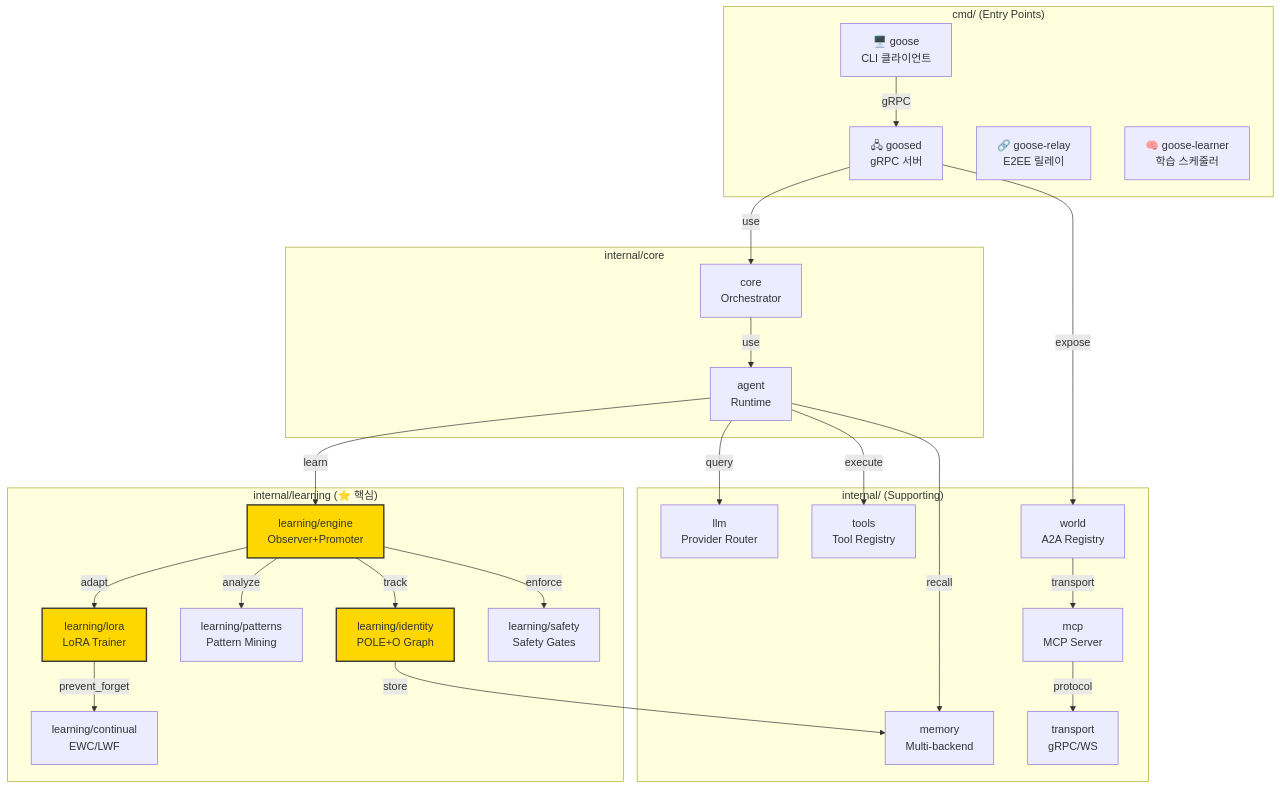
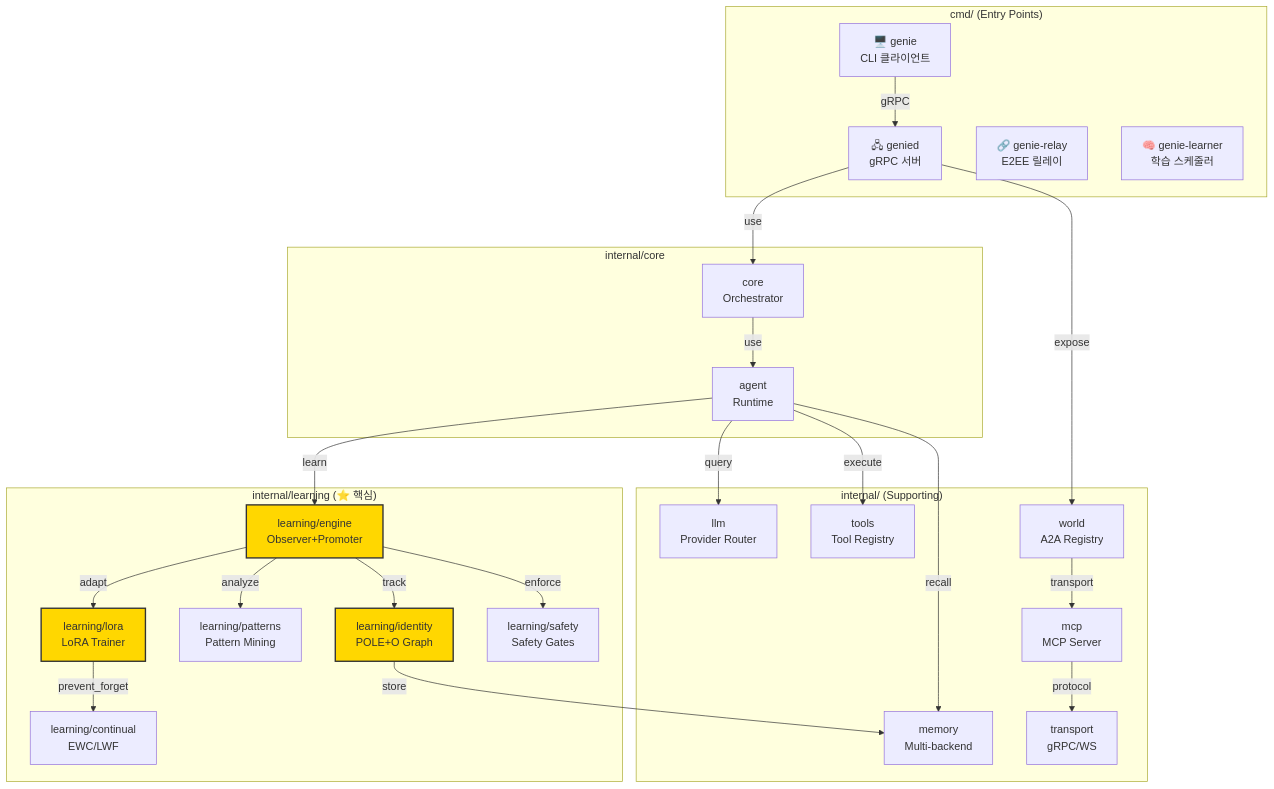
Before and after one commit to modu-ai/mink: the first of 5 diagrams in .moai/project/structure.md, drawn with Mermaid. The commit also changed other lines of this file and 149 other files, not shown here.

First line of the commit message:
refactor: goose → genie 식별자 전면 치환 (L3 전환 1/2)

````diff
--- a/.moai/project/structure.md
+++ b/.moai/project/structure.md
@@ -524,53 +524,53 @@
 ```mermaid
 graph TB
     subgraph "cmd/ (Entry Points)"
-        goose["🖥️ goose<br/>CLI 클라이언트"]
-        goosed["🖧 goosed<br/>gRPC 서버"]
-        relay["🔗 goose-relay<br/>E2EE 릴레이"]
-        learner["🧠 goose-learner<br/>학습 스케줄러"]
+        genie["🖥️ genie<br/>CLI 클라이언트"]
+        genied["🖧 genied<br/>gRPC 서버"]
+        relay["🔗 genie-relay<br/>E2EE 릴레이"]
+        learner["🧠 genie-learner<br/>학습 스케줄러"]
     end
     
     subgraph "internal/core"
         core["core<br/>Orchestrator"]
         agent["agent<br/>Runtime"]
     end
     
     subgraph "internal/learning (⭐ 핵심)"
         engine["learning/engine<br/>Observer+Promoter"]
         identity["learning/identity<br/>POLE+O Graph"]
         patterns["learning/patterns<br/>Pattern Mining"]
         lora["learning/lora<br/>LoRA Trainer"]
         continual["learning/continual<br/>EWC/LWF"]
         safety["learning/safety<br/>Safety Gates"]
     end
     
     subgraph "internal/ (Supporting)"
         llm["llm<br/>Provider Router"]
         tools["tools<br/>Tool Registry"]
         memory["memory<br/>Multi-backend"]
         world["world<br/>A2A Registry"]
         mcp["mcp<br/>MCP Server"]
         transport["transport<br/>gRPC/WS"]
     end
     
-    goose -->|gRPC| goosed
-    goosed -->|use| core
+    genie -->|gRPC| genied
+    genied -->|use| core
     core -->|use| agent
     agent -->|learn| engine
     engine -->|track| identity
     engine -->|analyze| patterns
     engine -->|adapt| lora
     lora -->|prevent_forget| continual
     engine -->|enforce| safety
     agent -->|query| llm
     agent -->|execute| tools
     agent -->|recall| memory
     identity -->|store| memory
-    goosed -->|expose| world
+    genied -->|expose| world
     world -->|transport| mcp
     mcp -->|protocol| transport
     
     style engine fill:#FFD700,stroke:#333,stroke-width:2px
     style identity fill:#FFD700,stroke:#333,stroke-width:2px
     style lora fill:#FFD700,stroke:#333,stroke-width:2px
 ```
````
